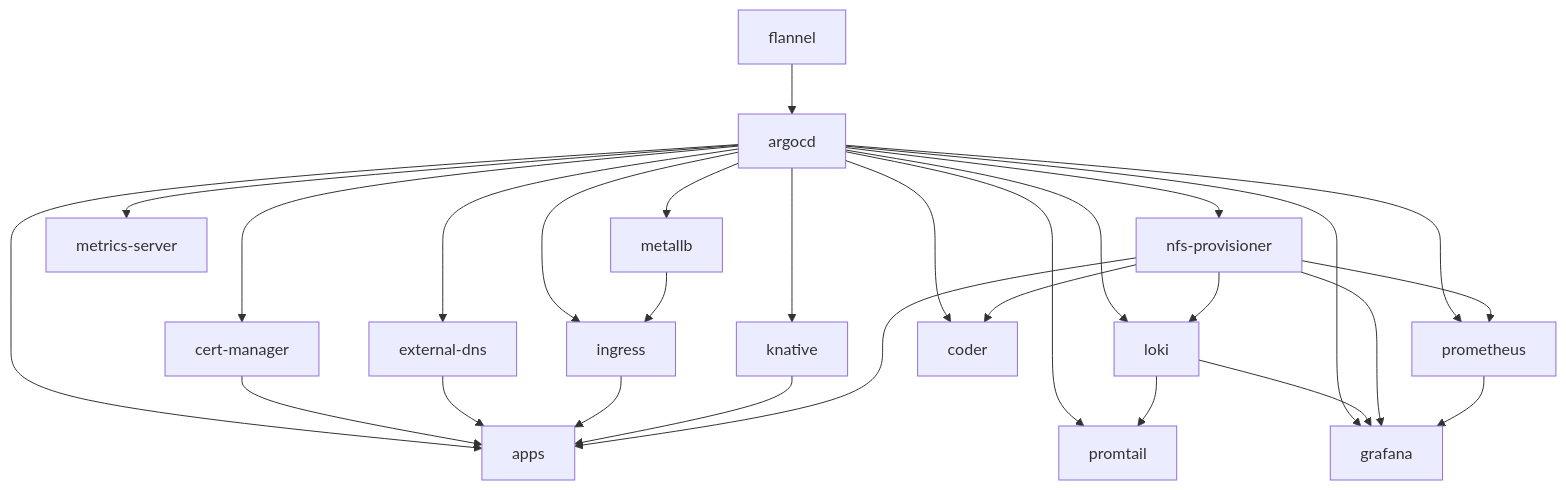
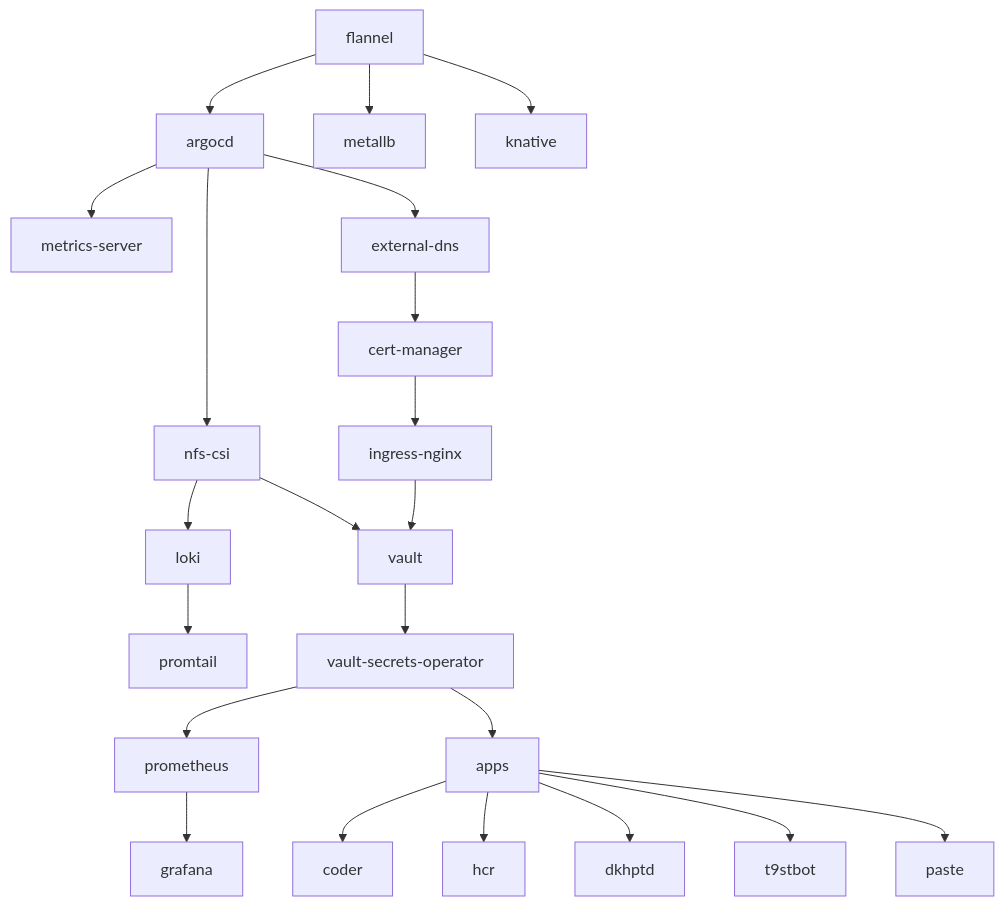
The diagram in README.md (tuana9a/platform), drawn with Mermaid before and after one commit. The commit also changed other lines of this file and 1 other file, not shown here.

Commit message:
doc(README): update graph

````diff
--- a/README.md
+++ b/README.md
@@ -13,30 +13,24 @@
 ```mermaid
-graph TD;
-    argocd-->apps;
-    argocd-->promtail;
-    argocd-->cert-manager;
-    argocd-->external-dns;
-    argocd-->grafana;
-    argocd-->ingress;
-    argocd-->knative;
-    argocd-->prometheus;
-    argocd-->loki;
-    argocd-->metallb;
-    argocd-->metrics-server;
-    argocd-->coder;
-    argocd-->nfs-provisioner;
-    cert-manager-->apps;
-    external-dns-->apps;
-    flannel-->argocd;
-    ingress-->apps;
-    knative-->apps;
-    loki-->grafana;
-    loki-->promtail;
-    metallb-->ingress;
-    nfs-provisioner-->coder;
-    nfs-provisioner-->apps;
-    nfs-provisioner-->grafana;
-    nfs-provisioner-->loki;
-    nfs-provisioner-->prometheus;
-    prometheus-->grafana;
+flowchart TD;
+flannel-->argocd;
+flannel-->metallb;
+flannel-->knative;
+argocd-->metrics-server;
+argocd-->nfs-csi;
+argocd-->external-dns;
+nfs-csi-->loki;
+nfs-csi-->vault;
+loki-->promtail;
+ingress-nginx-->vault;
+external-dns-->cert-manager;
+cert-manager-->ingress-nginx;
+vault-->vault-secrets-operator;
+vault-secrets-operator-->prometheus;
+vault-secrets-operator-->apps;
+apps-->coder;
+apps-->hcr;
+apps-->dkhptd;
+apps-->t9stbot;
+apps-->paste;
+prometheus-->grafana;
 ```
````
